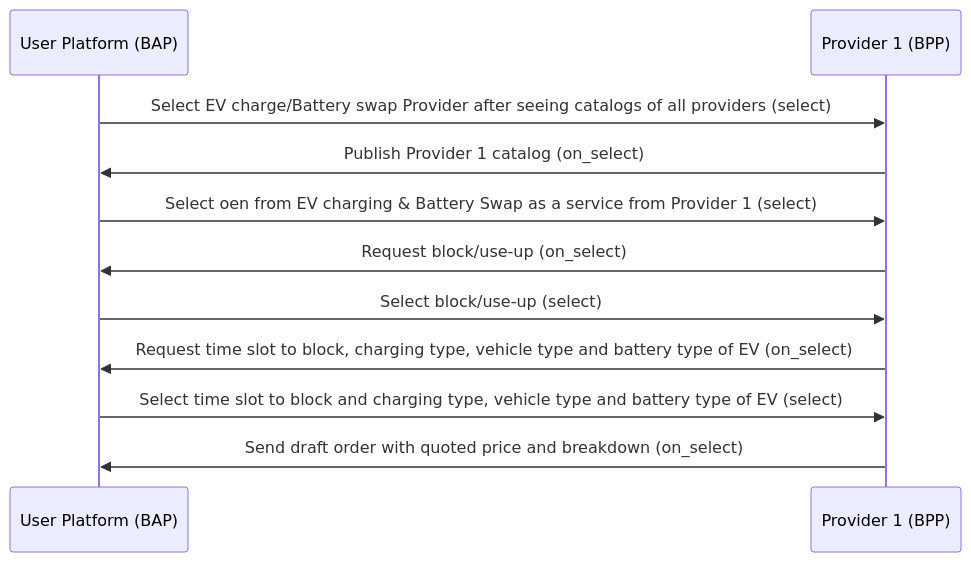
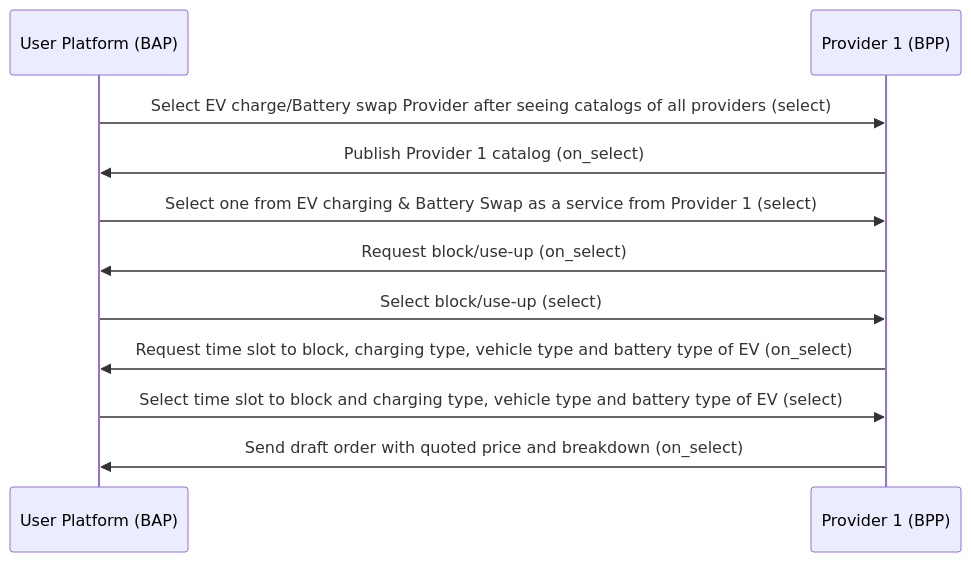
Before and after one commit to Sudheesh2609/DENT-Protocol: the fourth of 8 diagrams in docs/implementation-guides/EV_Charging_and_Battery-Swapping-Worlflow.md, drawn with Mermaid.

````diff
--- a/docs/implementation-guides/EV_Charging_and_Battery-Swapping-Worlflow.md
+++ b/docs/implementation-guides/EV_Charging_and_Battery-Swapping-Worlflow.md
@@ -410,11 +410,11 @@
 ```mermaid
    sequenceDiagram
    User Platform (BAP)->> Provider 1 (BPP): Select EV charge/Battery swap Provider after seeing catalogs of all providers (select)
    Provider 1 (BPP)->>User Platform (BAP): Publish Provider 1 catalog (on_select)
-   User Platform (BAP)->> Provider 1 (BPP): Select oen from EV charging & Battery Swap as a service from Provider 1 (select)
+   User Platform (BAP)->> Provider 1 (BPP): Select one from EV charging & Battery Swap as a service from Provider 1 (select)
    Provider 1 (BPP)->>User Platform (BAP): Request block/use-up (on_select)
    User Platform (BAP)->> Provider 1 (BPP): Select block/use-up (select)
    Provider 1 (BPP)->>User Platform (BAP): Request time slot to block, charging type, vehicle type and battery type of EV (on_select)
    User Platform (BAP)->> Provider 1 (BPP): Select time slot to block and charging type, vehicle type and battery type of EV (select)
    Provider 1 (BPP)->>User Platform (BAP): Send draft order with quoted price and breakdown (on_select)
 ```
````
